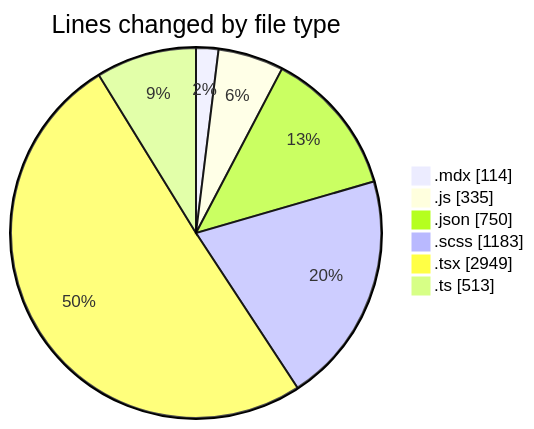
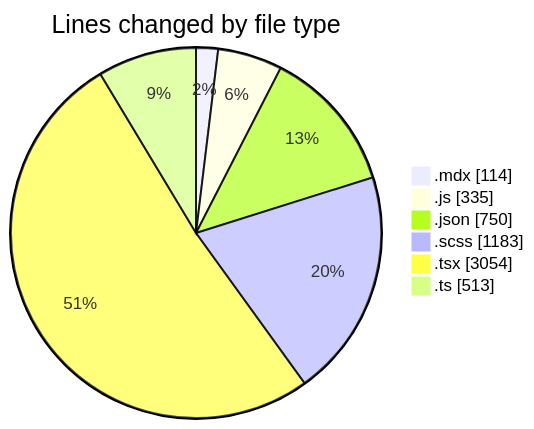
Before and after one commit to momahboobian/code-tracking: the first of 2 diagrams in 2026-08-13/cda/README.md, drawn with Mermaid. The commit also changed other lines of this file and 1 other file, not shown here.

````diff
--- a/2026-08-13/cda/README.md
+++ b/2026-08-13/cda/README.md
@@ -46,10 +46,10 @@
 ```mermaid
 pie showData
 title Lines changed by file type
 ".mdx" : 114
 ".js" : 335
 ".json" : 750
 ".scss" : 1183
-".tsx" : 2949
+".tsx" : 3054
 ".ts" : 513
 ```
````
